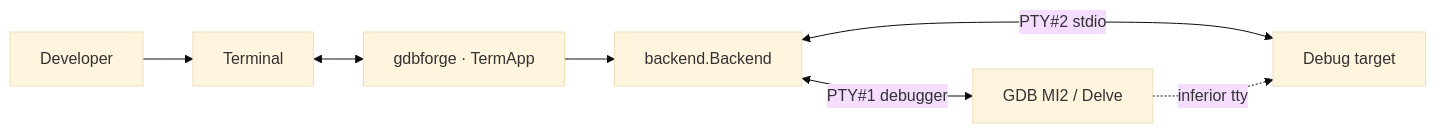
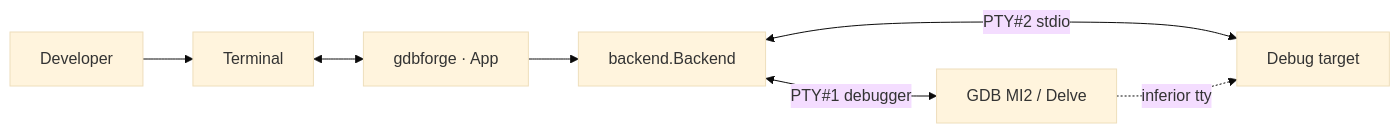
The third of 11 diagrams in docs/ARCHITECTURE.md (yairgd/gdbforge), drawn with Mermaid (base theme) before and after one commit. The commit also changed other lines of this file and 267 other files, not shown here.

````diff
--- a/docs/ARCHITECTURE.md
+++ b/docs/ARCHITECTURE.md
@@ -255,16 +255,16 @@
 ```mermaid
 flowchart LR
     User["Developer"]
     Term["Terminal"]
-    gdbforge["gdbforge · TermApp"]
+    gdbforge["gdbforge · App"]
     BE["backend.Backend"]
     GDB["GDB MI2 / Delve"]
     Target["Debug target"]
 
     User --> Term
     Term <--> gdbforge
     gdbforge --> BE
     BE <-->|"PTY#1 debugger"| GDB
     BE <-->|"PTY#2 stdio"| Target
     GDB -.->|"inferior tty"| Target
 ```
````
